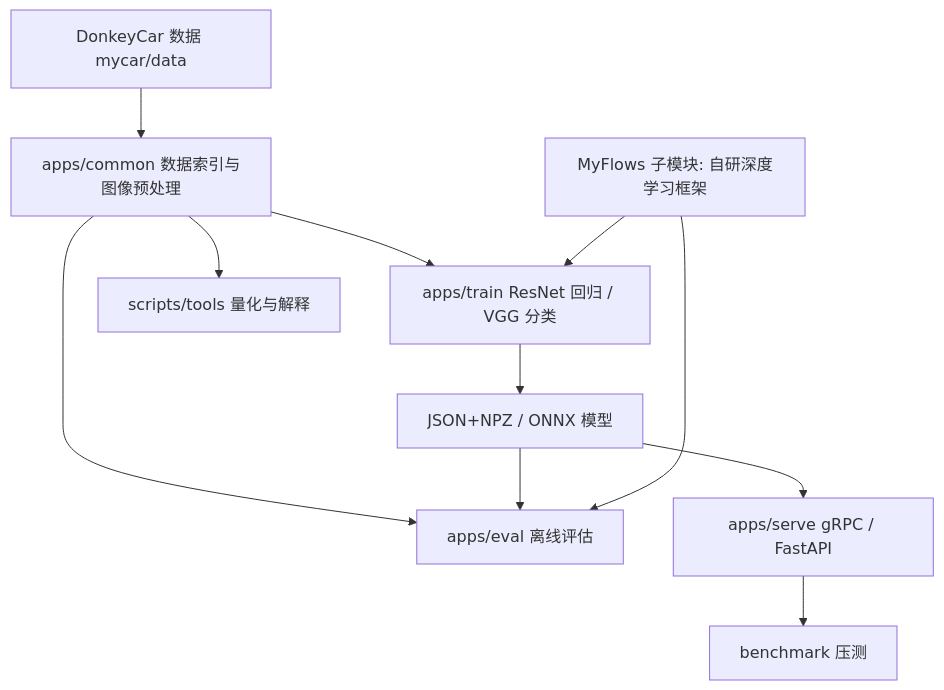
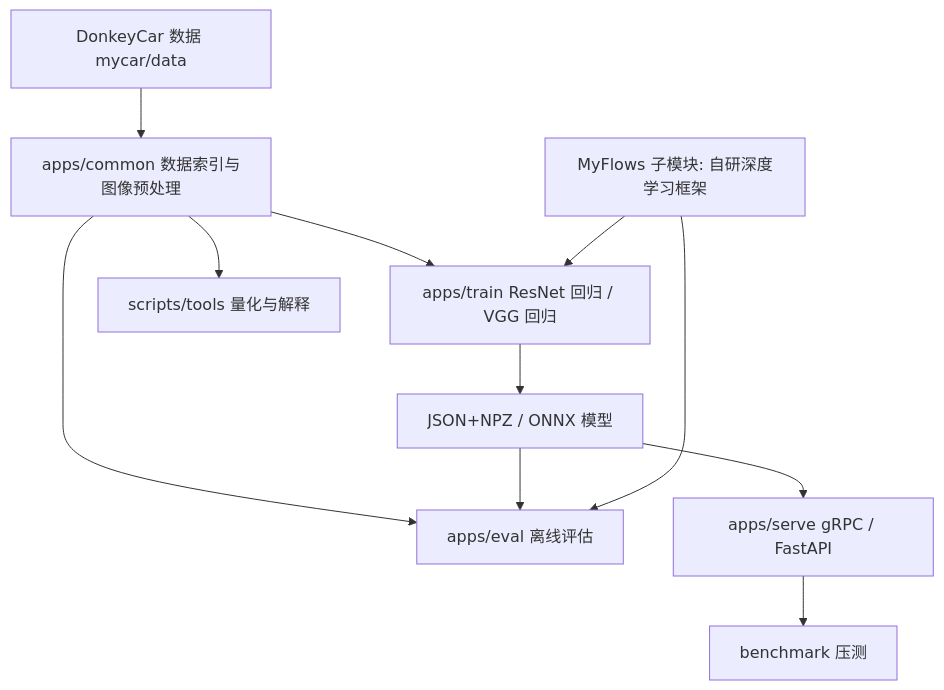
Before and after one commit to FGH-sudo/myflows-donkeycar: the diagram in README.md, drawn with Mermaid. The commit also changed other lines of this file and 49 other files, not shown here.

````diff
--- a/README.md
+++ b/README.md
@@ -24,13 +26,13 @@
 ```mermaid
 flowchart TB
   data[DonkeyCar 数据 mycar/data] --> common[apps/common 数据索引与图像预处理]
-  common --> train[apps/train ResNet 回归 / VGG 分类]
+  common --> train[apps/train ResNet 回归 / VGG 回归]
   common --> eval[apps/eval 离线评估]
   common --> quant[scripts/tools 量化与解释]
   train --> ckpt[JSON+NPZ / ONNX 模型]
   ckpt --> eval
   ckpt --> serve[apps/serve gRPC / FastAPI]
   serve --> bench[benchmark 压测]
   MyFlows[MyFlows 子模块: 自研深度学习框架] --> train
   MyFlows --> eval
 ```
````
